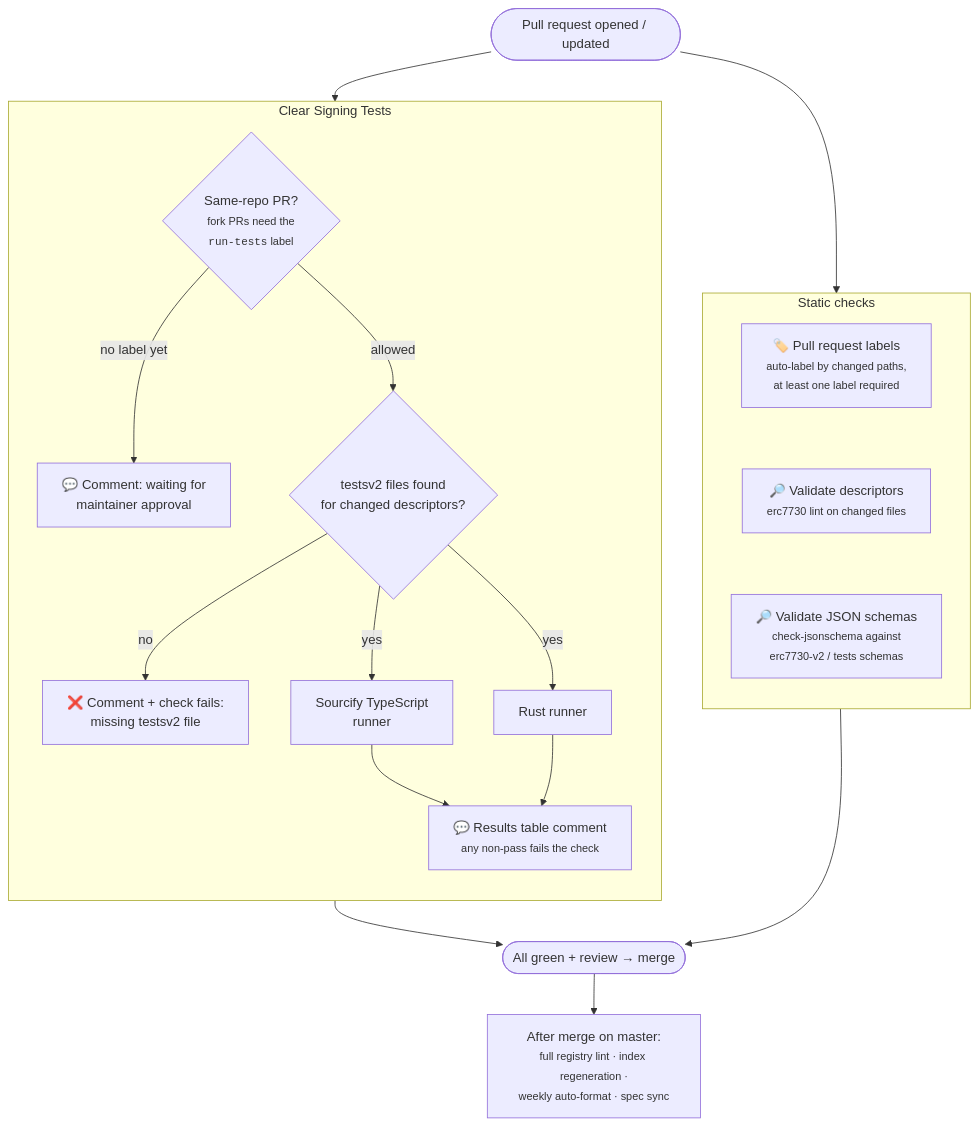
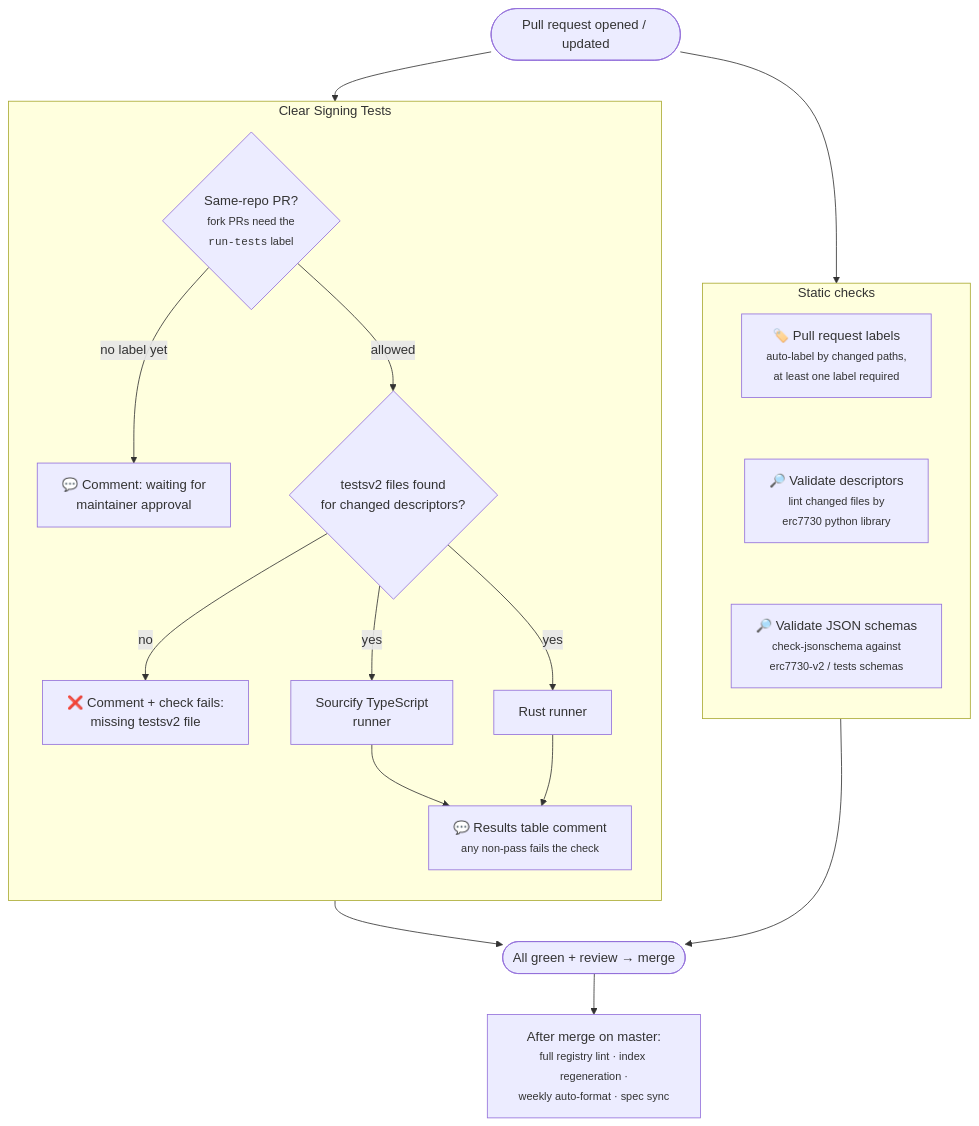
One commit to sourcifyeth/clear-signing-docs changed the diagram in docs/registry/ci-checks.md. Above: the diagram before and after it, drawn with Mermaid.

Commit message:
Reword the validate-descriptors diagram label

````diff
--- a/docs/registry/ci-checks.md
+++ b/docs/registry/ci-checks.md
@@ -12,31 +12,31 @@
 ```mermaid
 flowchart TD
     PR([Pull request opened / updated])
 
     subgraph static ["Static checks"]
         direction TB
         LBL["🏷️ Pull request labels<br/><small>auto-label by changed paths,<br/>at least one label required</small>"]
-        DESC["🔎 Validate descriptors<br/><small>erc7730 lint on changed files</small>"]
+        DESC["🔎 Validate descriptors<br/><small>lint changed files by<br/>erc7730 python library</small>"]
         SCHEMA["🔎 Validate JSON schemas<br/><small>check-jsonschema against<br/>erc7730-v2 / tests schemas</small>"]
         LBL ~~~ DESC ~~~ SCHEMA
     end
 
     subgraph tests ["Clear Signing Tests"]
         direction TB
         GATE{"Same-repo PR?<br/><small>fork PRs need the<br/><code>run-tests</code> label</small>"}
         GATE -- "no label yet" --> WAIT["💬 Comment: waiting for<br/>maintainer approval"]
         GATE -- "allowed" --> DETECT{"testsv2 files found<br/>for changed descriptors?"}
         DETECT -- "no" --> MISSING["❌ Comment + check fails:<br/>missing testsv2 file"]
         DETECT -- "yes" --> RUNTS["Sourcify TypeScript<br/>runner"]
         DETECT -- "yes" --> RUNRS["Rust runner"]
         RUNTS --> RESULTS["💬 Results table comment<br/><small>any non-pass fails the check</small>"]
         RUNRS --> RESULTS
     end
 
     PR --> LBL
     PR --> GATE
     RESULTS --> MERGE([All green + review → merge])
     SCHEMA ~~~ MERGE
     static --> MERGE
     MERGE --> POST["After merge on master:<br/><small>full registry lint · index regeneration ·<br/>weekly auto-format · spec sync</small>"]
 ```
````
